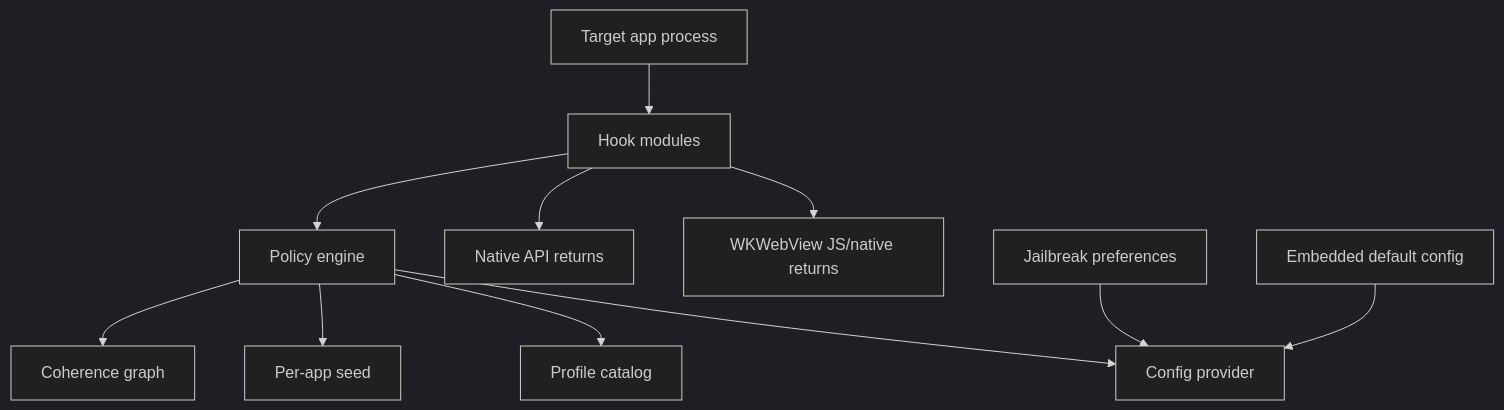
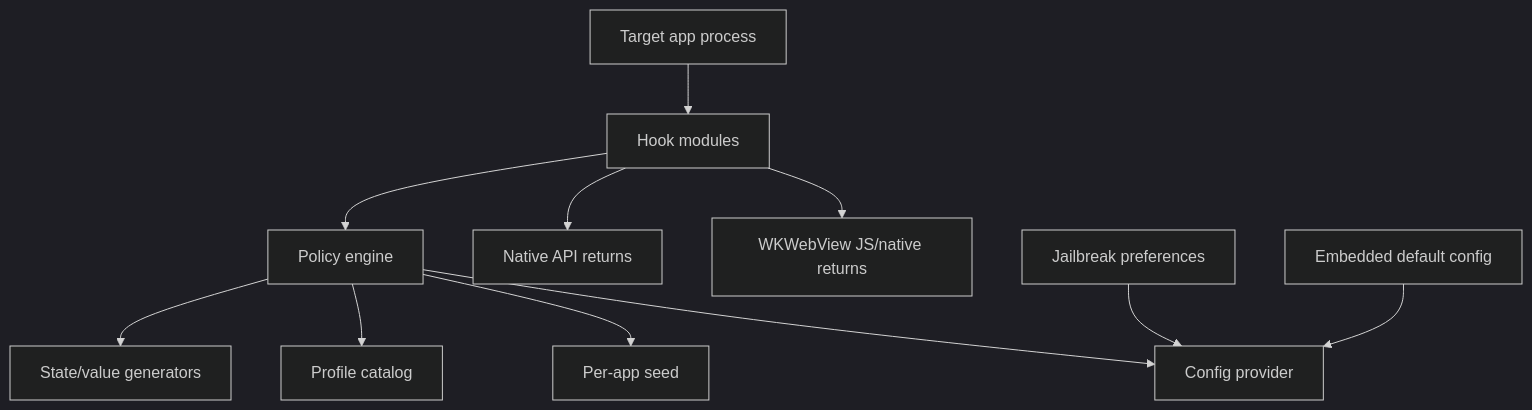
The diagram in docs/architecture.md (alecs297/loupehole), drawn with Mermaid (dark theme) before and after one commit. The commit also changed other lines of this file and 53 other files, not shown here.

````diff
--- a/docs/architecture.md
+++ b/docs/architecture.md
@@ -7,13 +7,13 @@
 ```mermaid
 flowchart TD
   A["Target app process"] --> B["Hook modules"]
   B --> C["Policy engine"]
-  C --> D["Coherence graph"]
-  C --> E["Per-app seed"]
-  C --> F["Profile catalog"]
-  C --> G["Config provider"]
+  C --> D["Per-app seed"]
+  C --> E["Profile catalog"]
+  C --> F["Config provider"]
+  C --> G["State/value generators"]
   B --> H["Native API returns"]
   B --> I["WKWebView JS/native returns"]
-  J["Jailbreak preferences"] --> G
-  K["Embedded default config"] --> G
+  J["Jailbreak preferences"] --> F
+  K["Embedded default config"] --> F
 ```
````
